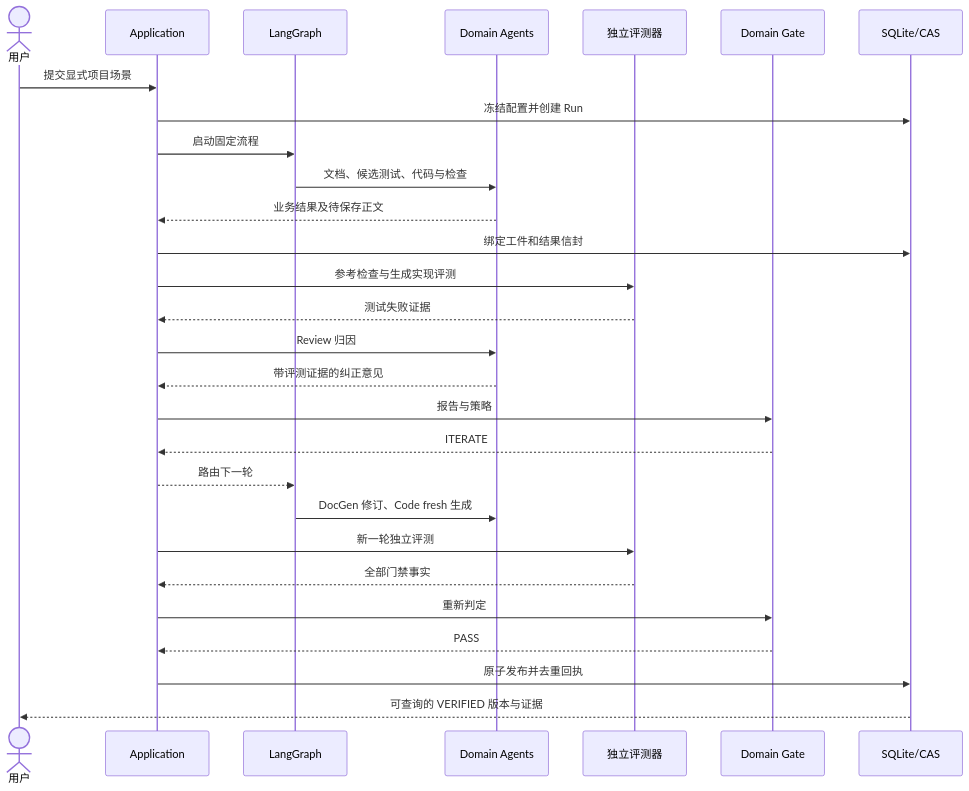
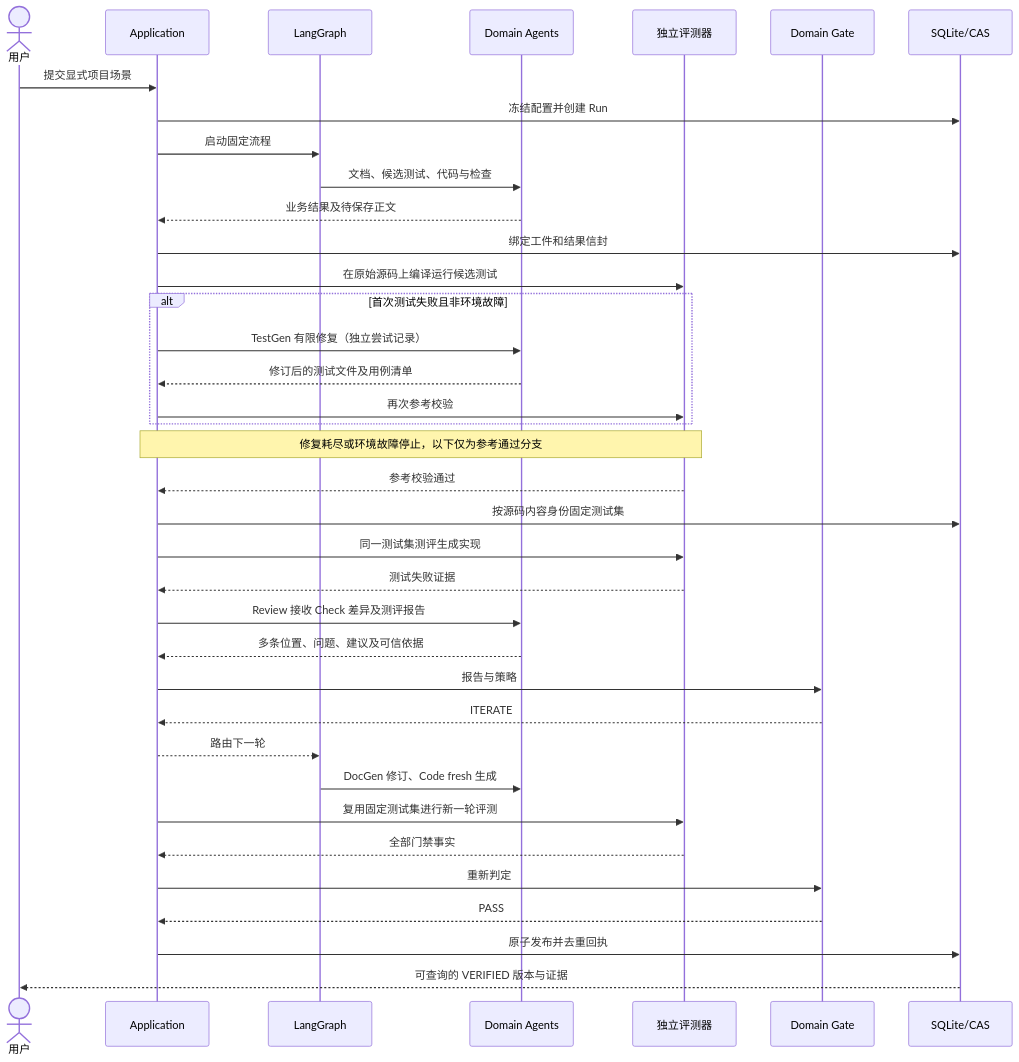
Before and after one commit to linlisWorkTeam/domain-knowledge: the fifth of 6 diagrams in docs/diagrams/Views4Plus1.md, drawn with Mermaid. The commit also changed other lines of this file and 10 other files, not shown here.

````diff
--- a/docs/diagrams/Views4Plus1.md
+++ b/docs/diagrams/Views4Plus1.md
@@ -91,30 +91,39 @@
 ```mermaid
 sequenceDiagram
   actor U as 用户
   participant A as Application
   participant G as LangGraph
   participant R as Domain Agents
   participant E as 独立评测器
   participant D as Domain Gate
   participant S as SQLite/CAS
   U->>A: 提交显式项目场景
   A->>S: 冻结配置并创建 Run
   A->>G: 启动固定流程
   G->>R: 文档、候选测试、代码与检查
   R-->>A: 业务结果及待保存正文
   A->>S: 绑定工件和结果信封
-  A->>E: 参考检查与生成实现评测
+  A->>E: 在原始源码上编译运行候选测试
+  alt 首次测试失败且非环境故障
+    A->>R: TestGen 有限修复（独立尝试记录）
+    R-->>A: 修订后的测试文件及用例清单
+    A->>E: 再次参考校验
+  end
+  Note over A,E: 修复耗尽或环境故障停止，以下仅为参考通过分支
+  E-->>A: 参考校验通过
+  A->>S: 按源码内容身份固定测试集
+  A->>E: 同一测试集测评生成实现
   E-->>A: 测试失败证据
-  A->>R: Review 归因
-  R-->>A: 带评测证据的纠正意见
+  A->>R: Review 接收 Check 差异及测评报告
+  R-->>A: 多条位置、问题、建议及可信依据
   A->>D: 报告与策略
   D-->>A: ITERATE
   A-->>G: 路由下一轮
   G->>R: DocGen 修订、Code fresh 生成
-  A->>E: 新一轮独立评测
+  A->>E: 复用固定测试集进行新一轮评测
   E-->>A: 全部门禁事实
   A->>D: 重新判定
   D-->>A: PASS
   A->>S: 原子发布并去重回执
   S-->>U: 可查询的 VERIFIED 版本与证据
 ```
````
